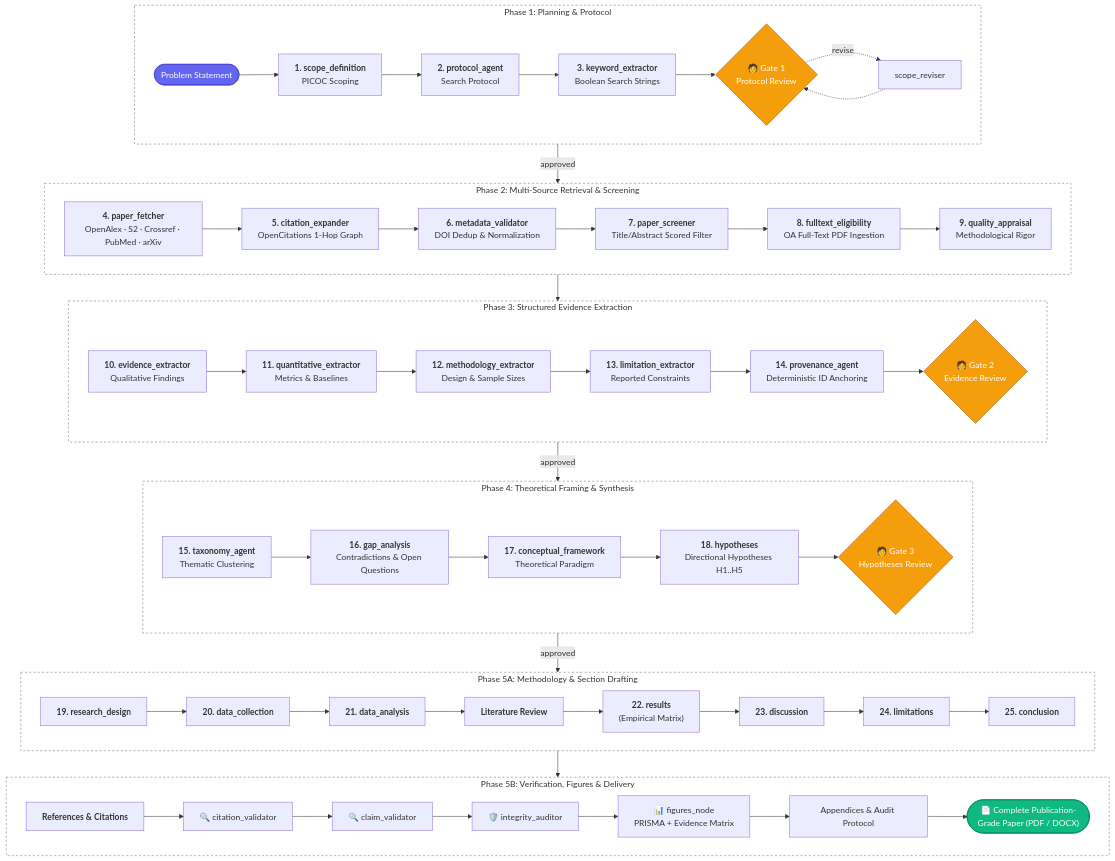
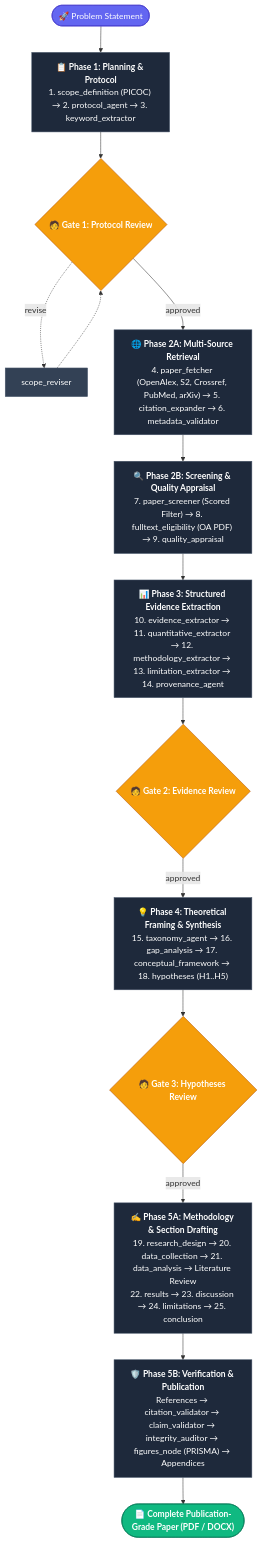
The second of 2 diagrams in README.md (Aryan-Pardeshi/DeepResearch_AI), drawn with Mermaid before and after one commit.

Commit message:
docs(readme): convert pipeline diagram to phase card flow to prevent github dagre vertical rank bug

````diff
--- a/README.md
+++ b/README.md
@@ -65,77 +65,35 @@
 ```mermaid
 flowchart TB
-    subgraph P1 ["Phase 1: Planning & Protocol"]
-        direction LR
-        START(["Problem Statement"]) --> SCOPE["<b>1. scope_definition</b><br/>PICOC Scoping"]
-        SCOPE --> PROT["<b>2. protocol_agent</b><br/>Search Protocol"]
-        PROT --> KW["<b>3. keyword_extractor</b><br/>Boolean Search Strings"]
-        KW --> G1{"🧑 Gate 1<br/>Protocol Review"}
-        G1 -.->|"revise"| REVISER["scope_reviser"]
-        REVISER -.-> G1
-    end
+    START(["🚀 Problem Statement"]) --> P1["📋 <b>Phase 1: Planning & Protocol</b><br/>1. scope_definition (PICOC) → 2. protocol_agent → 3. keyword_extractor"]
+    P1 --> G1{"🧑 <b>Gate 1: Protocol Review</b>"}
+    G1 -.->|"revise"| P1_REV["scope_reviser"]
+    P1_REV -.-> G1
 
-    subgraph P2 ["Phase 2: Multi-Source Retrieval & Screening"]
-        direction LR
-        FETCH["<b>4. paper_fetcher</b><br/>OpenAlex · S2 · Crossref · PubMed · arXiv"] --> CITE["<b>5. citation_expander</b><br/>OpenCitations 1-Hop Graph"]
-        CITE --> META["<b>6. metadata_validator</b><br/>DOI Dedup & Normalization"]
-        META --> SCREEN["<b>7. paper_screener</b><br/>Title/Abstract Scored Filter"]
-        SCREEN --> FULL["<b>8. fulltext_eligibility</b><br/>OA Full-Text PDF Ingestion"]
-        FULL --> QUAL["<b>9. quality_appraisal</b><br/>Methodological Rigor"]
-    end
+    G1 -->|"approved"| P2A["🌐 <b>Phase 2A: Multi-Source Retrieval</b><br/>4. paper_fetcher (OpenAlex, S2, Crossref, PubMed, arXiv) → 5. citation_expander → 6. metadata_validator"]
+    P2A --> P2B["🔍 <b>Phase 2B: Screening & Quality Appraisal</b><br/>7. paper_screener (Scored Filter) → 8. fulltext_eligibility (OA PDF) → 9. quality_appraisal"]
 
-    subgraph P3 ["Phase 3: Structured Evidence Extraction"]
-        direction LR
-        EX_FIND["<b>10. evidence_extractor</b><br/>Qualitative Findings"] --> EX_QUANT["<b>11. quantitative_extractor</b><br/>Metrics & Baselines"]
-        EX_QUANT --> EX_METH["<b>12. methodology_extractor</b><br/>Design & Sample Sizes"]
-        EX_METH --> EX_LIM["<b>13. limitation_extractor</b><br/>Reported Constraints"]
-        EX_LIM --> PROV["<b>14. provenance_agent</b><br/>Deterministic ID Anchoring"]
-        PROV --> G2{"🧑 Gate 2<br/>Evidence Review"}
-    end
+    P2B --> P3["📊 <b>Phase 3: Structured Evidence Extraction</b><br/>10. evidence_extractor → 11. quantitative_extractor → 12. methodology_extractor → 13. limitation_extractor → 14. provenance_agent"]
+    P3 --> G2{"🧑 <b>Gate 2: Evidence Review</b>"}
 
-    subgraph P4 ["Phase 4: Theoretical Framing & Synthesis"]
-        direction LR
-        TAX["<b>15. taxonomy_agent</b><br/>Thematic Clustering"] --> GAP["<b>16. gap_analysis</b><br/>Contradictions & Open Questions"]
-        GAP --> FRAME["<b>17. conceptual_framework</b><br/>Theoretical Paradigm"]
-        FRAME --> HYP["<b>18. hypotheses</b><br/>Directional Hypotheses H1..H5"]
-        HYP --> G3{"🧑 Gate 3<br/>Hypotheses Review"}
-    end
+    G2 -->|"approved"| P4["💡 <b>Phase 4: Theoretical Framing & Synthesis</b><br/>15. taxonomy_agent → 16. gap_analysis → 17. conceptual_framework → 18. hypotheses (H1..H5)"]
+    P4 --> G3{"🧑 <b>Gate 3: Hypotheses Review</b>"}
 
-    subgraph P5A ["Phase 5A: Methodology & Section Drafting"]
-        direction LR
-        M_DES["<b>19. research_design</b>"] --> M_COL["<b>20. data_collection</b>"]
-        M_COL --> M_ANA["<b>21. data_analysis</b>"]
-        M_ANA --> W_REV["<b>Literature Review</b>"]
-        W_REV --> W_RES["<b>22. results</b><br/>(Empirical Matrix)"]
-        W_RES --> W_DISC["<b>23. discussion</b>"]
-        W_DISC --> W_LIM["<b>24. limitations</b>"]
-        W_LIM --> W_CONC["<b>25. conclusion</b>"]
-    end
+    G3 -->|"approved"| P5A["✍️ <b>Phase 5A: Methodology & Section Drafting</b><br/>19. research_design → 20. data_collection → 21. data_analysis → Literature Review<br/>22. results → 23. discussion → 24. limitations → 25. conclusion"]
+    P5A --> P5B["🛡️ <b>Phase 5B: Verification & Publication</b><br/>References → citation_validator → claim_validator → integrity_auditor → figures_node (PRISMA) → Appendices"]
 
-    subgraph P5B ["Phase 5B: Verification, Figures & Delivery"]
-        direction LR
-        W_REF["<b>References & Citations</b>"] --> V_CITE["🔍 citation_validator"]
-        V_CITE --> V_CLAIM["🔍 claim_validator"]
-        V_CLAIM --> V_AUDIT["🛡️ integrity_auditor"]
-        V_AUDIT --> FIGS["📊 figures_node<br/>PRISMA + Evidence Matrix"]
-        FIGS --> APPS["Appendices & Audit Protocol"]
-        APPS --> END_NODE(["📄 Complete Publication-Grade Paper (PDF / DOCX)"])
-    end
-
-    G1 -->|"approved"| FETCH
-    QUAL --> EX_FIND
-    G2 -->|"approved"| TAX
-    G3 -->|"approved"| M_DES
-    W_CONC --> W_REF
+    P5B --> END_NODE(["📄 <b>Complete Publication-Grade Paper (PDF / DOCX)</b>"])
 
     style START fill:#6366f1,stroke:#4338ca,color:#fff
     style G1 fill:#f59e0b,stroke:#b45309,color:#fff
     style G2 fill:#f59e0b,stroke:#b45309,color:#fff
     style G3 fill:#f59e0b,stroke:#b45309,color:#fff
     style END_NODE fill:#10b981,stroke:#047857,color:#fff
-    style P1 fill:none,stroke:#64748b,stroke-width:1px,stroke-dasharray: 4 4
-    style P2 fill:none,stroke:#64748b,stroke-width:1px,stroke-dasharray: 4 4
-    style P3 fill:none,stroke:#64748b,stroke-width:1px,stroke-dasharray: 4 4
-    style P4 fill:none,stroke:#64748b,stroke-width:1px,stroke-dasharray: 4 4
-    style P5A fill:none,stroke:#64748b,stroke-width:1px,stroke-dasharray: 4 4
-    style P5B fill:none,stroke:#64748b,stroke-width:1px,stroke-dasharray: 4 4
+    style P1 fill:#1e293b,stroke:#475569,color:#fff
+    style P1_REV fill:#334155,stroke:#475569,color:#fff
+    style P2A fill:#1e293b,stroke:#475569,color:#fff
+    style P2B fill:#1e293b,stroke:#475569,color:#fff
+    style P3 fill:#1e293b,stroke:#475569,color:#fff
+    style P4 fill:#1e293b,stroke:#475569,color:#fff
+    style P5A fill:#1e293b,stroke:#475569,color:#fff
+    style P5B fill:#1e293b,stroke:#475569,color:#fff
 ```
````
